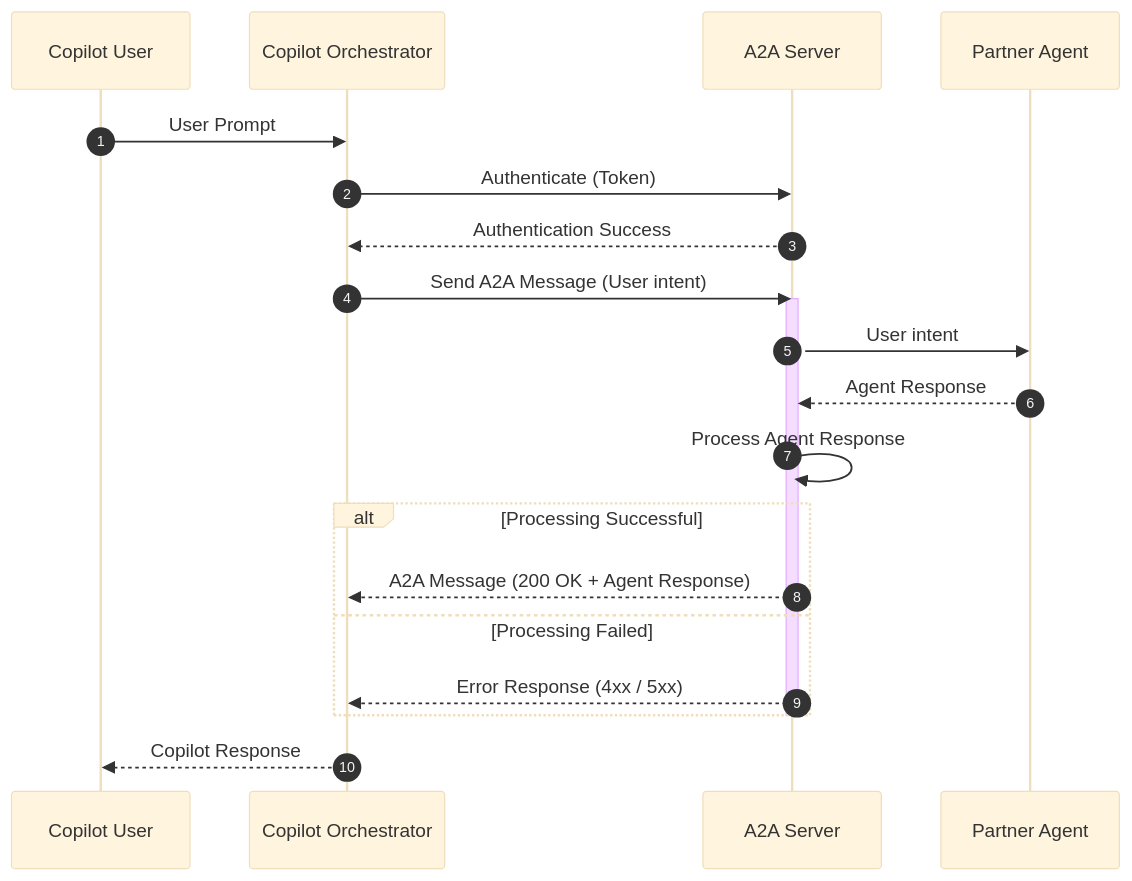
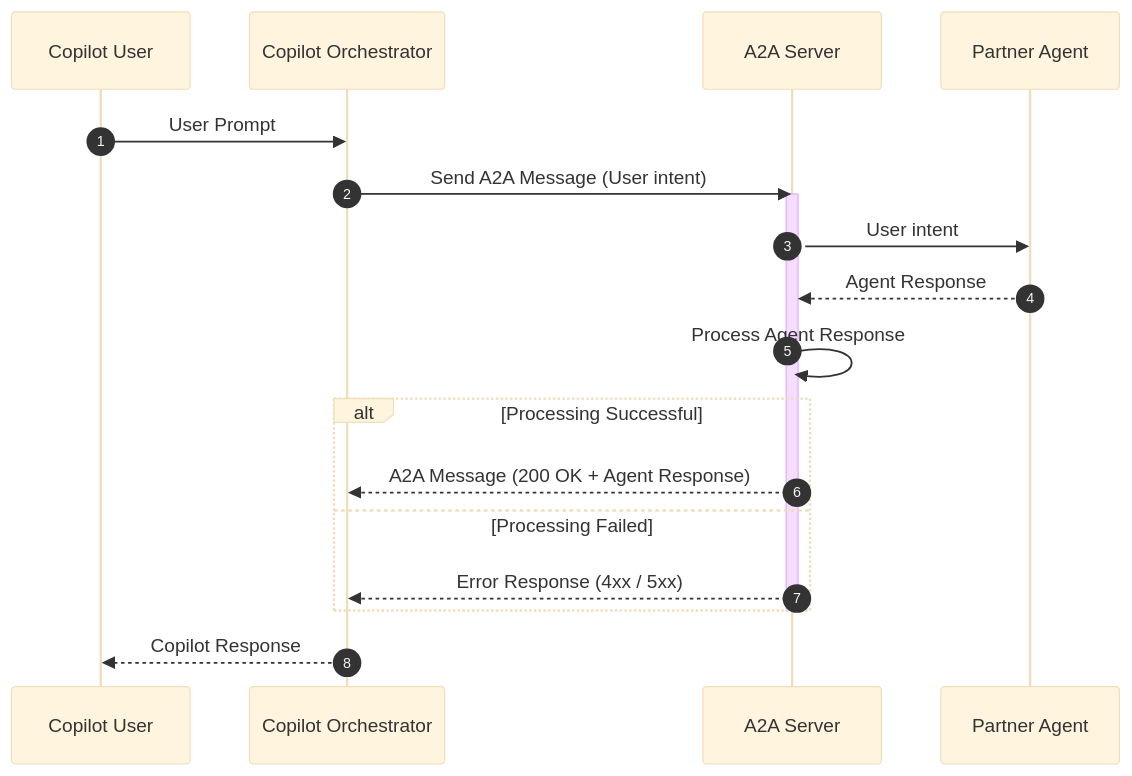
Before and after one commit to venu-sivanadham/AzSAzureCopilotDemo: the diagram in A2ACommunication.md, drawn with Mermaid (base theme).

Commit message:
updated the diagram

````diff
--- a/A2ACommunication.md
+++ b/A2ACommunication.md
@@ -5,30 +5,28 @@
 ```mermaid
 sequenceDiagram
     autonumber
     participant User as Copilot User
     participant Client as Copilot Orchestrator
     participant Server as A2A Server
     participant Agent as Partner Agent
 
     User->>Client: User Prompt
-    Client->>Server: Authenticate (Token)
-    Server-->>Client: Authentication Success
 
     Client->>Server: Send A2A Message (User intent)
     
     activate Server
     Server->>Agent: User intent
     Agent-->>Server: Agent Response
     
     Server->>Server: Process Agent Response
 
     alt Processing Successful
         Server-->>Client: A2A Message (200 OK + Agent Response)
     else Processing Failed
         Server-->>Client: Error Response (4xx / 5xx)
     end
 
     deactivate Server
 
     Client-->>User: Copilot Response
 ```
````
